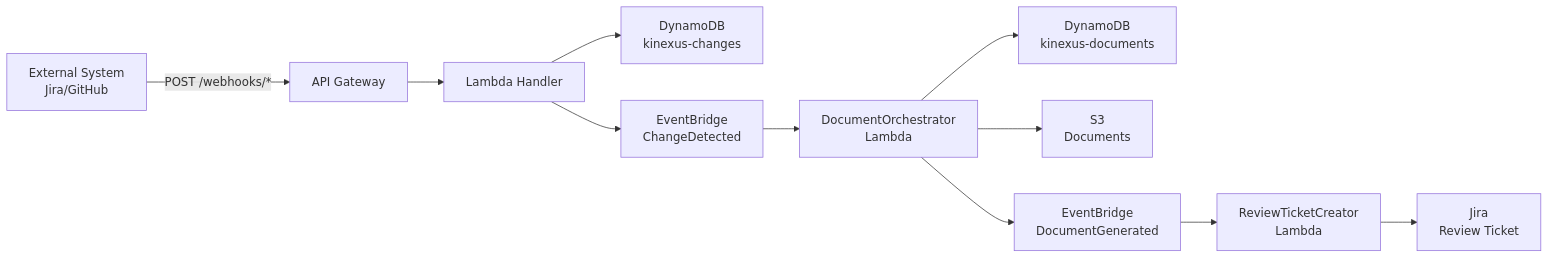
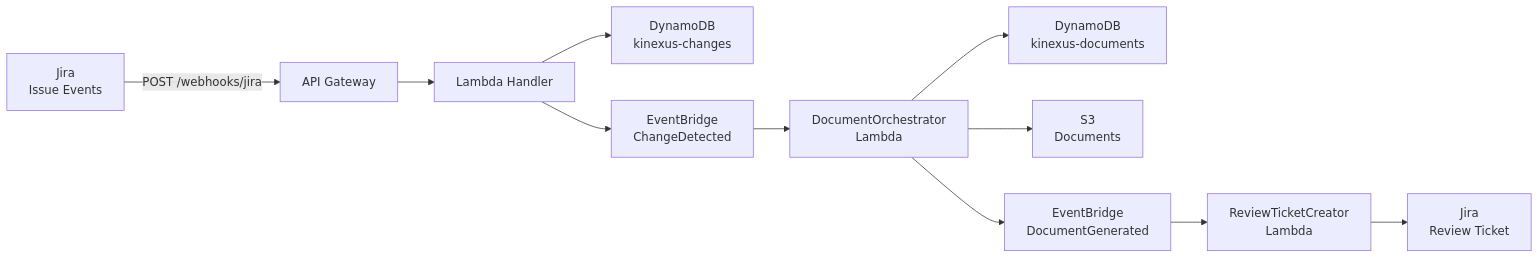
Before and after one commit to jaredgiosinuff/kinexus-ai: the diagram in docs/api-reference.md, drawn with Mermaid. The commit also changed other lines of this file and 1 other file, not shown here.

First line of the commit message:
docs: Fix architecture.md inaccuracies and remove GitHub webhook references

````diff
--- a/docs/api-reference.md
+++ b/docs/api-reference.md
@@ -254,13 +191,13 @@
 ```mermaid
 graph LR
-    A[External System<br/>Jira/GitHub] -->|POST /webhooks/*| B[API Gateway]
+    A[Jira<br/>Issue Events] -->|POST /webhooks/jira| B[API Gateway]
     B --> C[Lambda Handler]
     C --> D[DynamoDB<br/>kinexus-changes]
     C --> E[EventBridge<br/>ChangeDetected]
     E --> F[DocumentOrchestrator<br/>Lambda]
     F --> G[DynamoDB<br/>kinexus-documents]
     F --> H[S3<br/>Documents]
     F --> I[EventBridge<br/>DocumentGenerated]
     I --> J[ReviewTicketCreator<br/>Lambda]
     J --> K[Jira<br/>Review Ticket]
 ```
````
